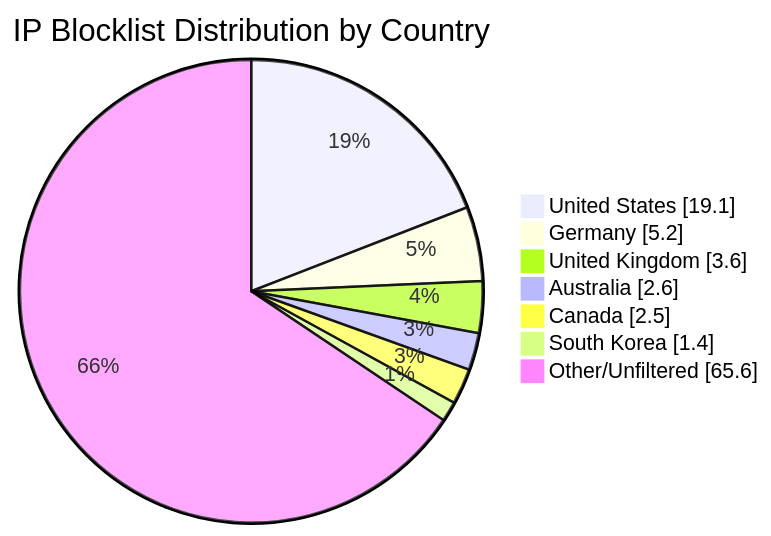
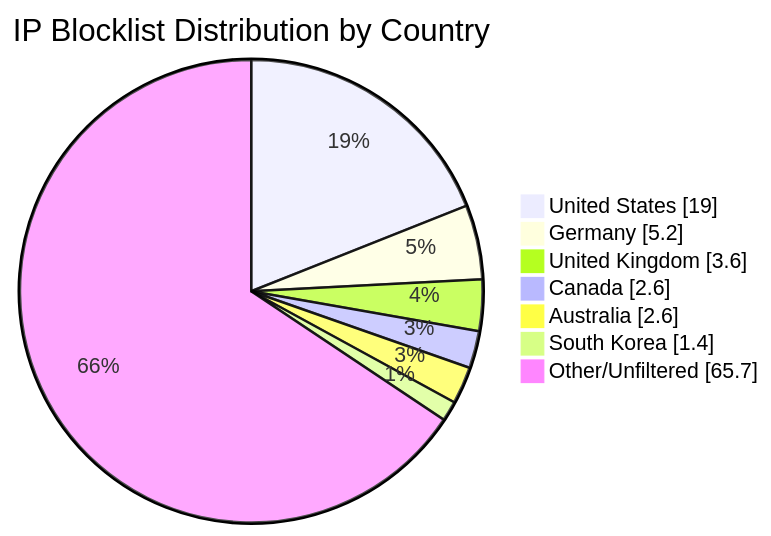
The diagram in README.md (MarcusHoltz/ipblocklist-geofiltered-aggregator), drawn with Mermaid before and after one commit. The commit also changed other lines of this file and 9 other files, not shown here.

````diff
--- a/README.md
+++ b/README.md
@@ -34,10 +34,10 @@
 ```mermaid
 pie showData title IP Blocklist Distribution by Country
-"United States" : 19.1
+"United States" : 19.0
 "Germany" : 5.2
 "United Kingdom" : 3.6
+"Canada" : 2.6
 "Australia" : 2.6
-"Canada" : 2.5
 "South Korea" : 1.4
-"Other/Unfiltered" : 65.6
+"Other/Unfiltered" : 65.7
 ```
````
